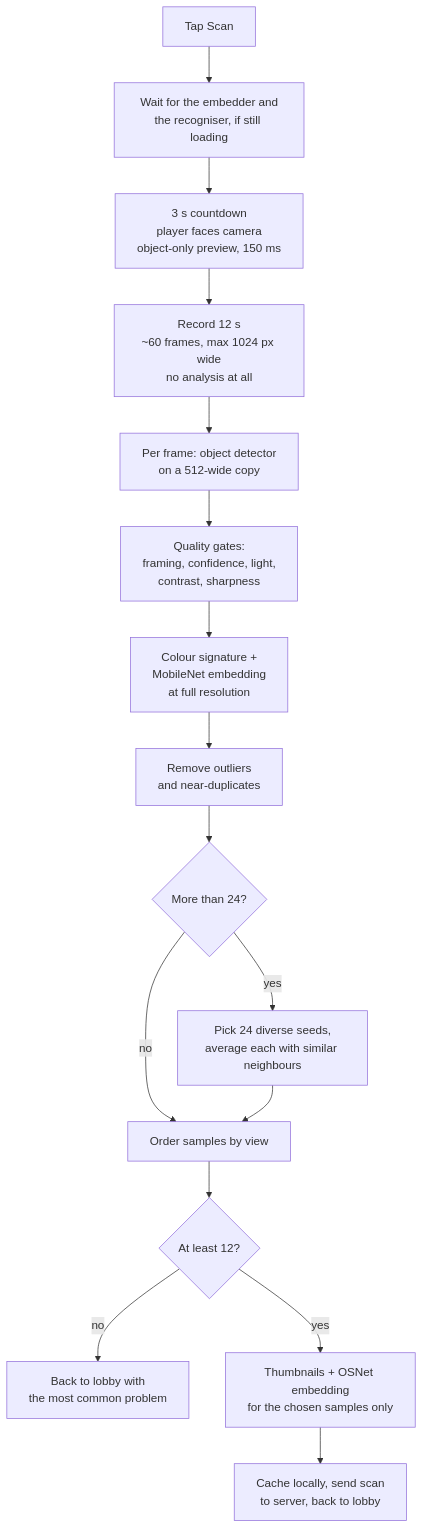
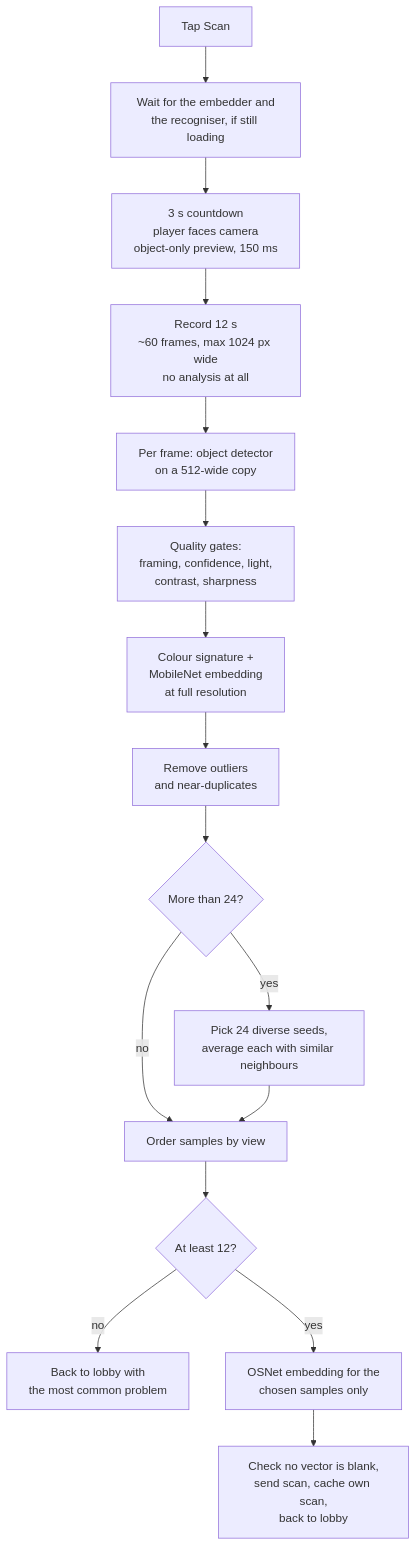
One commit to Basiliskenzahn/Laser-Tag changed the diagram in docs/client/scanning.md. Above: the diagram before and after it, drawn with Mermaid. The commit also changed 2 other files, not shown here.

First paragraph of the commit message:
Close the three real gaps mutation testing found in the enrolment tests
Five of nine mutations against test/scan-enrolment.test.js ran green. Three were
genuine holes:

````diff
--- a/docs/client/scanning.md
+++ b/docs/client/scanning.md
@@ -15,18 +15,18 @@
 ```mermaid
 flowchart TD
   A[Tap Scan] --> A2[Wait for the embedder and<br/>the recogniser, if still loading]
   A2 --> B[3 s countdown<br/>player faces camera<br/>object-only preview, 150 ms]
   B --> C[Record 12 s<br/>~60 frames, max 1024 px wide<br/>no analysis at all]
   C --> D[Per frame: object detector<br/>on a 512-wide copy]
   D --> E[Quality gates:<br/>framing, confidence, light,<br/>contrast, sharpness]
   E --> F[Colour signature +<br/>MobileNet embedding<br/>at full resolution]
   F --> G[Remove outliers<br/>and near-duplicates]
   G --> H{More than 24?}
   H -- yes --> I[Pick 24 diverse seeds,<br/>average each with similar neighbours]
   H -- no --> J
   I --> J[Order samples by view]
   J --> K{At least 12?}
   K -- no --> L[Back to lobby with<br/>the most common problem]
-  K -- yes --> M[Thumbnails + OSNet embedding<br/>for the chosen samples only]
-  M --> N[Cache locally, send scan<br/>to server, back to lobby]
+  K -- yes --> M[OSNet embedding for the<br/>chosen samples only]
+  M --> N[Check no vector is blank,<br/>send scan, cache own scan,<br/>back to lobby]
 ```
````
